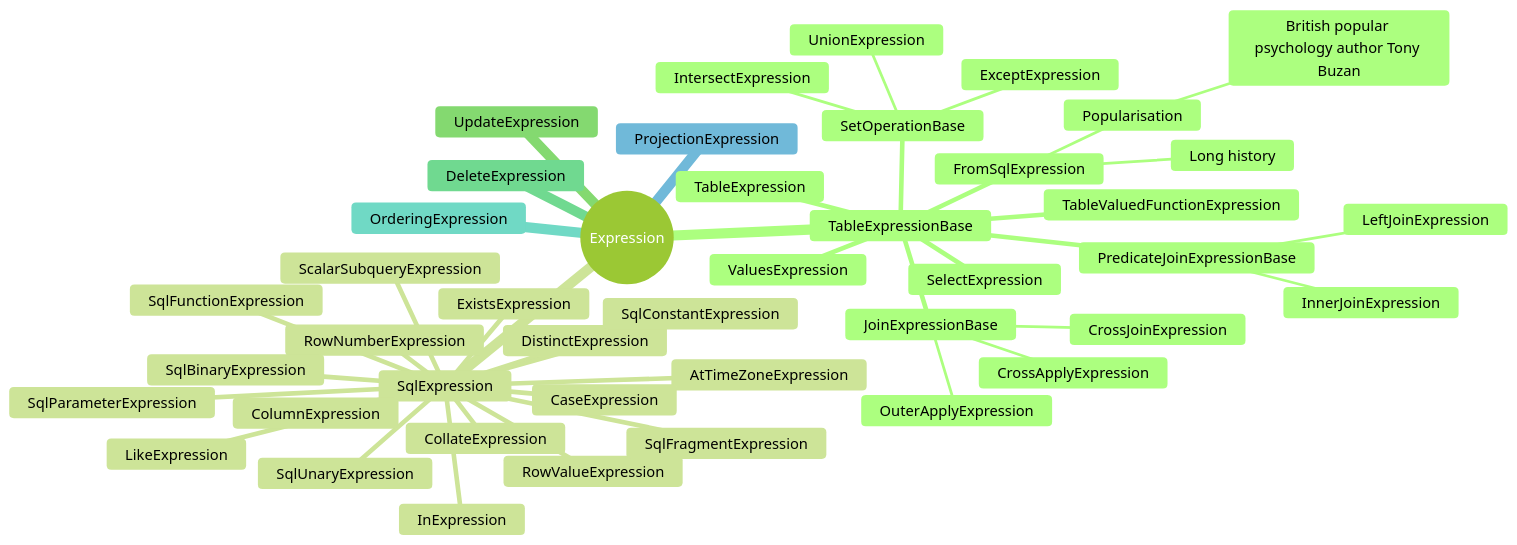
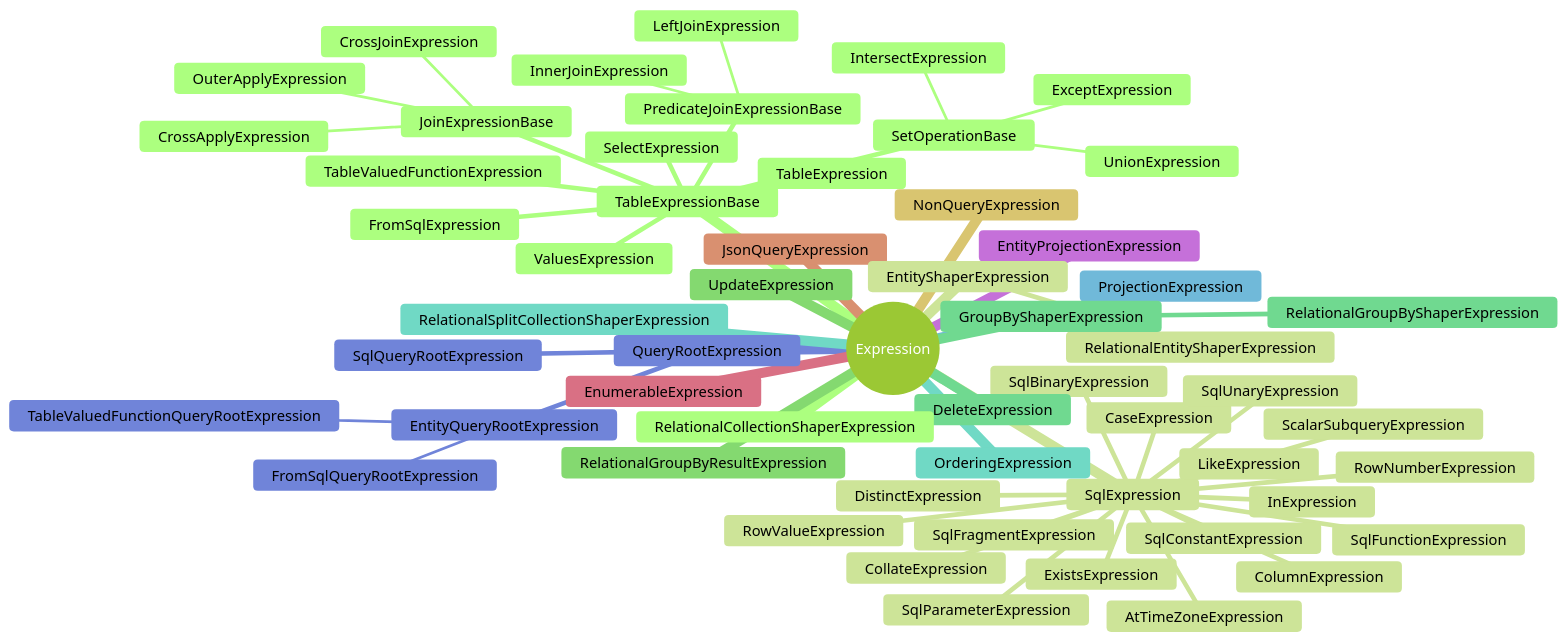
One commit to Amy1105/LearnDemo changed the diagram in EFCoreDemo/EFCoreMind/mind.mmd. Above: the diagram before and after it, drawn with Mermaid (forest theme). The commit also changed 4 other files, not shown here.

Commit message:
add mermaid

```diff
--- a/EFCoreDemo/EFCoreMind/mind.mmd
+++ b/EFCoreDemo/EFCoreMind/mind.mmd
@@ -1,50 +1,62 @@
 mindmap
   root((Expression))  
     TableExpressionBase
-        FromSqlExpression
-            Long history
-            ::icon(fa fa-book)
-            Popularisation
-                British popular psychology author Tony Buzan
+        FromSqlExpression            
         JoinExpressionBase
             CrossApplyExpression
             CrossJoinExpression
             OuterApplyExpression
         PredicateJoinExpressionBase
             InnerJoinExpression
             LeftJoinExpression
             
         SelectExpression
       
         SetOperationBase
             UnionExpression
             ExceptExpression
             IntersectExpression
         TableExpression
 
         TableValuedFunctionExpression
 
         ValuesExpression
     SqlExpression
         AtTimeZoneExpression
         CaseExpression
         CollateExpression
         ColumnExpression
         DistinctExpression
         ExistsExpression
         InExpression
         LikeExpression
         RowNumberExpression
         RowValueExpression
         ScalarSubqueryExpression
         SqlBinaryExpression
         SqlConstantExpression
         SqlFragmentExpression
         SqlFunctionExpression
         SqlParameterExpression
         SqlUnaryExpression
 
     UpdateExpression
     DeleteExpression
     OrderingExpression
     ProjectionExpression
+    QueryRootExpression
+        SqlQueryRootExpression
+        EntityQueryRootExpression
+            TableValuedFunctionQueryRootExpression
+            FromSqlQueryRootExpression
+    EntityProjectionExpression
+    EnumerableExpression
+    JsonQueryExpression
+    NonQueryExpression
+    RelationalCollectionShaperExpression
+    EntityShaperExpression
+        RelationalEntityShaperExpression
+    RelationalGroupByResultExpression
+    GroupByShaperExpression
+        RelationalGroupByShaperExpression
+    RelationalSplitCollectionShaperExpression
```
